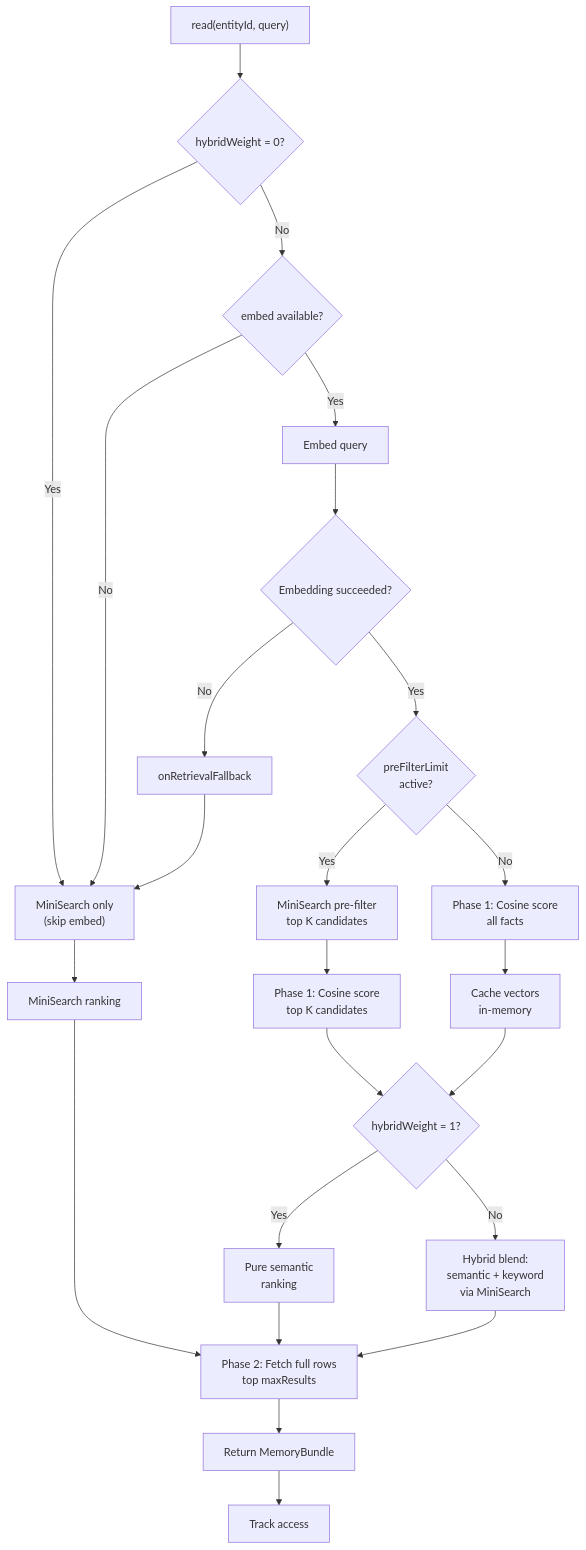
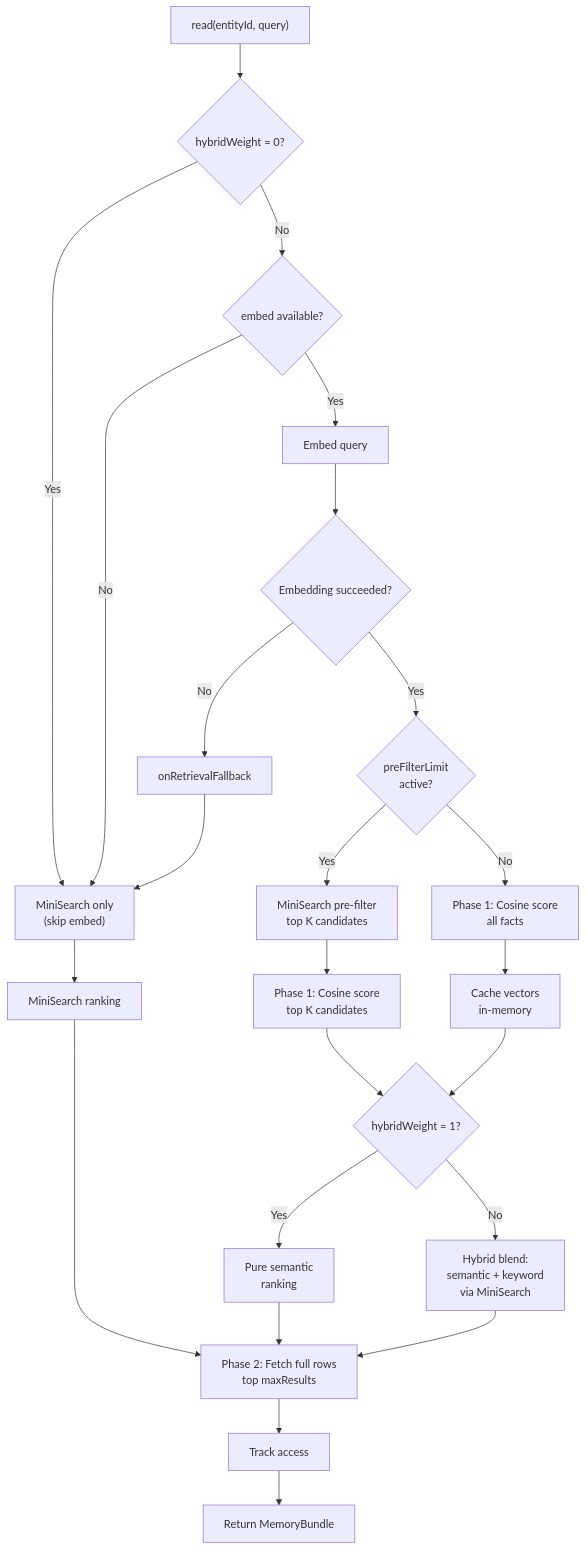
Before and after one commit to equationalapplications/expo-llm-wiki: the second of 3 diagrams in README.md, drawn with Mermaid.

Commit message:
Potential fix for pull request finding

````diff
--- a/README.md
+++ b/README.md
@@ -640,26 +640,26 @@
 ```mermaid
 flowchart TD
     A["read(entityId, query)"] --> B{hybridWeight = 0?}
     B -->|Yes| C["MiniSearch only<br/>(skip embed)"]
     B -->|No| D{embed available?}
     D -->|No| C
     D -->|Yes| F["Embed query"]
     F --> G{Embedding succeeded?}
     G -->|No| E["onRetrievalFallback"]
     E --> C
     G -->|Yes| H{preFilterLimit<br/>active?}
     H -->|Yes| I["MiniSearch pre-filter<br/>top K candidates"]
     I --> J["Phase 1: Cosine score<br/>top K candidates"]
     H -->|No| K["Phase 1: Cosine score<br/>all facts"]
     J --> M{hybridWeight = 1?}
     K --> L["Cache vectors<br/>in-memory"]
     L --> M
     M -->|Yes| N["Pure semantic<br/>ranking"]
     M -->|No| O["Hybrid blend:<br/>semantic + keyword<br/>via MiniSearch"]
     N --> P["Phase 2: Fetch full rows<br/>top maxResults"]
     O --> P
     C --> Q["MiniSearch ranking"]
     Q --> P
-    P --> R["Return MemoryBundle"]
-    R --> S["Track access"]
+    P --> S["Track access"]
+    S --> R["Return MemoryBundle"]
 ```
````
